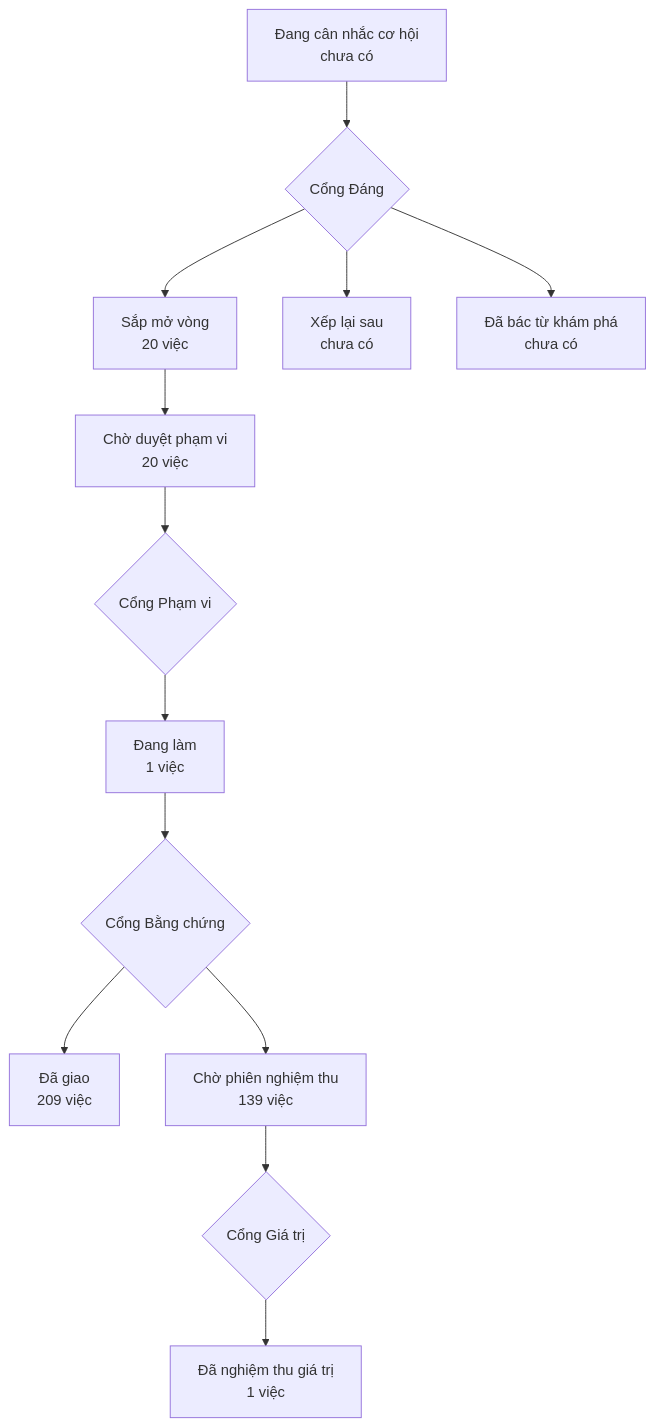
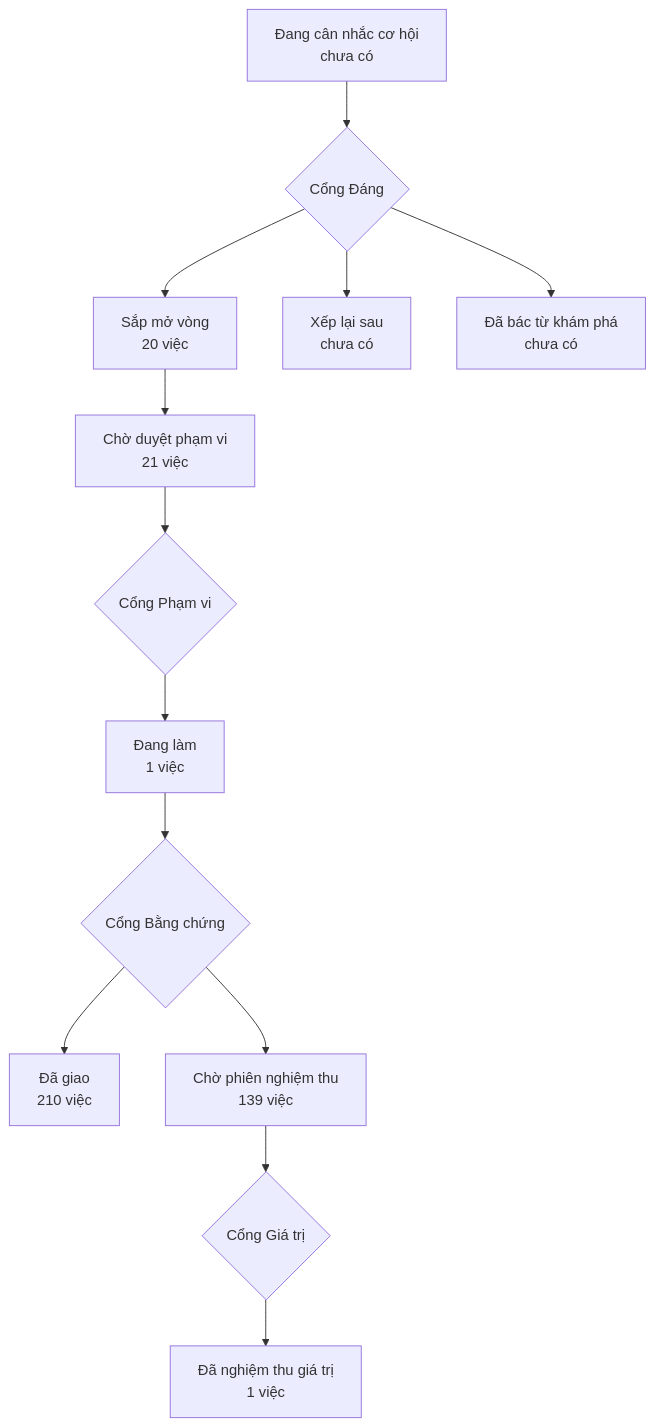
Before and after one commit to phanlemanh/onehub-invest: the diagram in PRODUCT-MAP.md, drawn with Mermaid. The commit also changed other lines of this file and 1 other file, not shown here.

Commit message:
chore(acceptance): vẽ lại PRODUCT-MAP, LO-TRINH sau main 68fb8ffa0 (bi-danh-viet-tat-phan-khu)

````diff
--- a/PRODUCT-MAP.md
+++ b/PRODUCT-MAP.md
@@ -7,12 +7,12 @@
 ```mermaid
 flowchart TD
   A["Đang cân nhắc cơ hội<br/>chưa có"] --> GD{"Cổng Đáng"}
   GD --> B["Sắp mở vòng<br/>20 việc"]
   GD --> XL["Xếp lại sau<br/>chưa có"]
   GD --> DB["Đã bác từ khám phá<br/>chưa có"]
-  B --> CD["Chờ duyệt phạm vi<br/>20 việc"] --> GP{"Cổng Phạm vi"}
+  B --> CD["Chờ duyệt phạm vi<br/>21 việc"] --> GP{"Cổng Phạm vi"}
   GP --> DL["Đang làm<br/>1 việc"] --> GB{"Cổng Bằng chứng"}
-  GB --> DG["Đã giao<br/>209 việc"]
+  GB --> DG["Đã giao<br/>210 việc"]
   GB --> CN["Chờ phiên nghiệm thu<br/>139 việc"] --> GG{"Cổng Giá trị"}
   GG --> NT["Đã nghiệm thu giá trị<br/>1 việc"]
 ```
````
